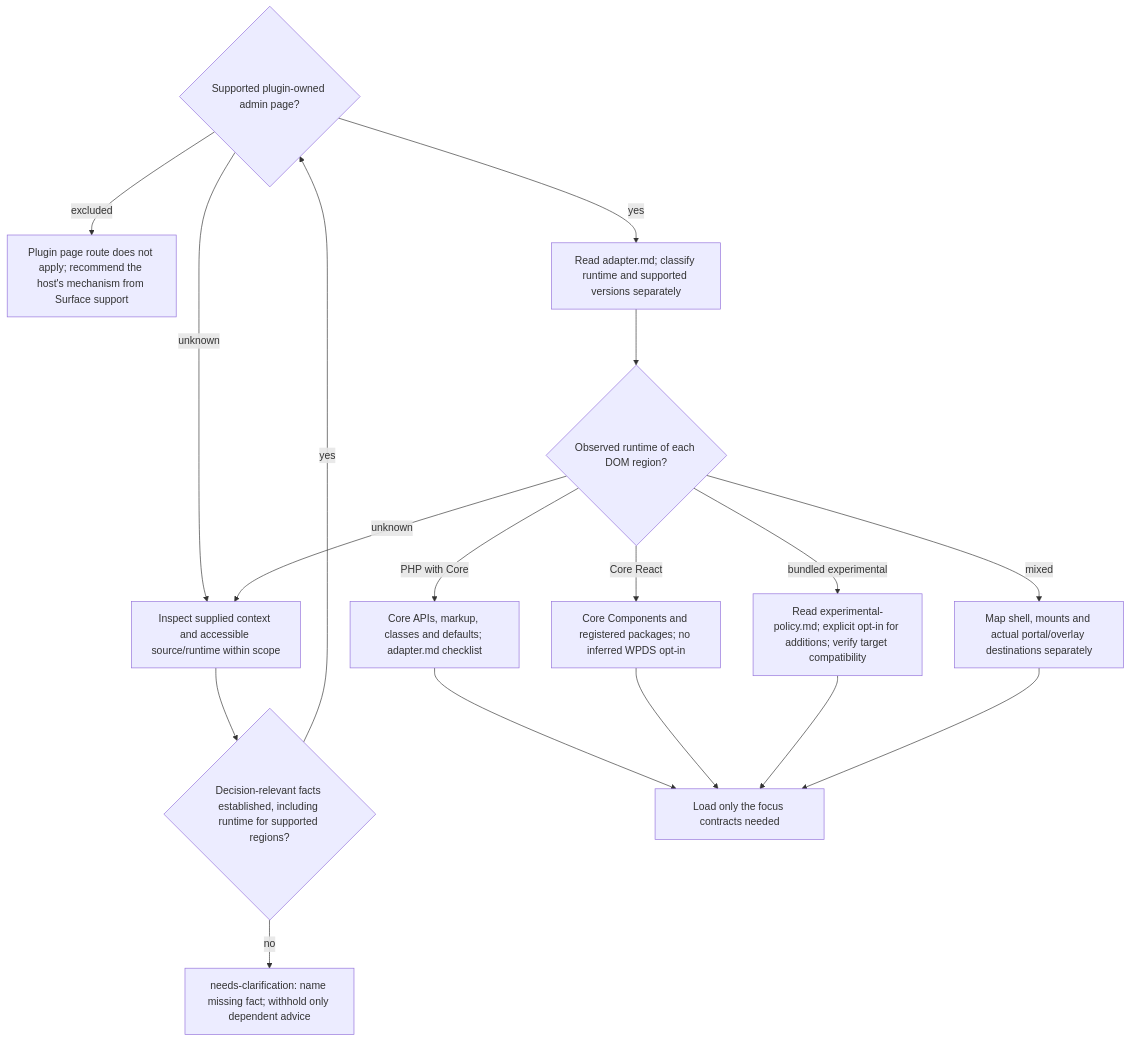
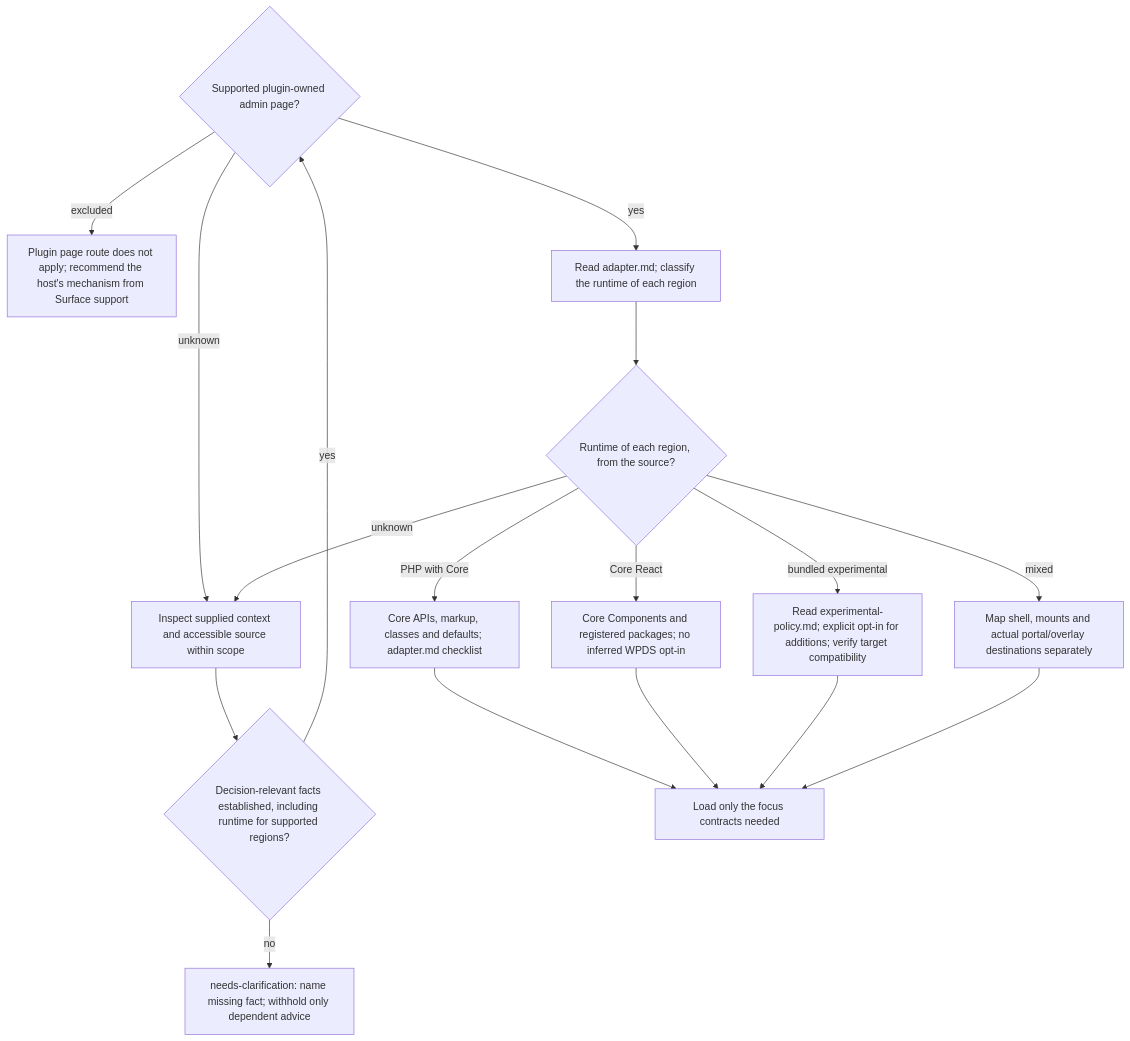
Before and after one commit to benjaminstelzer/scoville-suite-for-codex-mainloop: the diagram in packages/scoville-ui/scoville-ui/references/wordpress/routing.md, drawn with Mermaid. The commit also changed other lines of this file and 183 other files, not shown here.

````diff
--- a/packages/scoville-ui/scoville-ui/references/wordpress/routing.md
+++ b/packages/scoville-ui/scoville-ui/references/wordpress/routing.md
@@ -91,20 +83,20 @@
 ```mermaid
 flowchart TD
   surface{"Supported plugin-owned admin page?"}
   surface -->|excluded| host["Plugin page route does not apply; recommend the host's mechanism from Surface support"]
-  surface -->|unknown| inspect["Inspect supplied context and accessible source/runtime within scope"]
+  surface -->|unknown| inspect["Inspect supplied context and accessible source within scope"]
   inspect --> known{"Decision-relevant facts established, including runtime for supported regions?"}
   known -->|no| clarify["needs-clarification: name missing fact; withhold only dependent advice"]
   known -->|yes| surface
-  surface -->|yes| adapter["Read adapter.md; classify runtime and supported versions separately"]
-  adapter --> runtime{"Observed runtime of each DOM region?"}
+  surface -->|yes| adapter["Read adapter.md; classify the runtime of each region"]
+  adapter --> runtime{"Runtime of each region, from the source?"}
   runtime -->|PHP with Core| php["Core APIs, markup, classes and defaults; adapter.md checklist"]
   runtime -->|Core React| react["Core Components and registered packages; no inferred WPDS opt-in"]
   runtime -->|bundled experimental| experimental["Read experimental-policy.md; explicit opt-in for additions; verify target compatibility"]
   runtime -->|mixed| hybrid["Map shell, mounts and actual portal/overlay destinations separately"]
   runtime -->|unknown| inspect
   php --> focus["Load only the focus contracts needed"]
   react --> focus
   experimental --> focus
   hybrid --> focus
 ```
````
